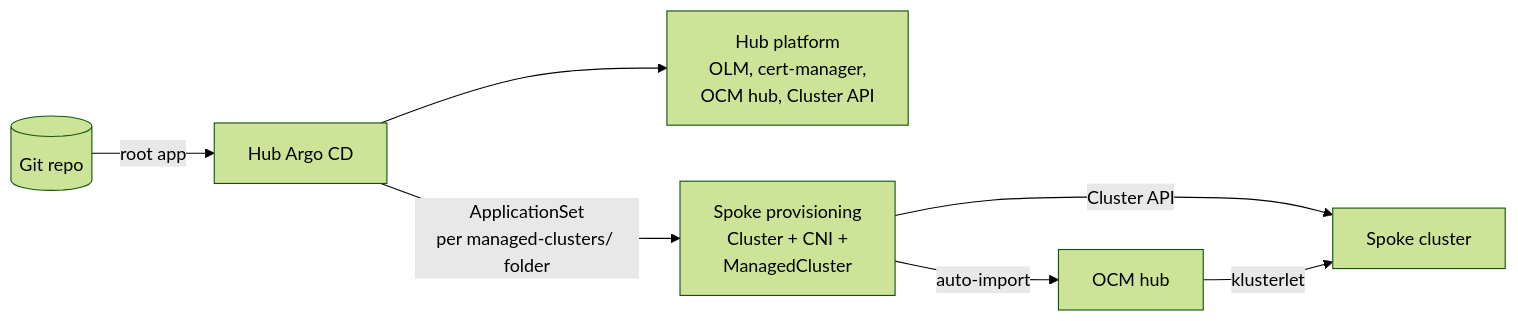
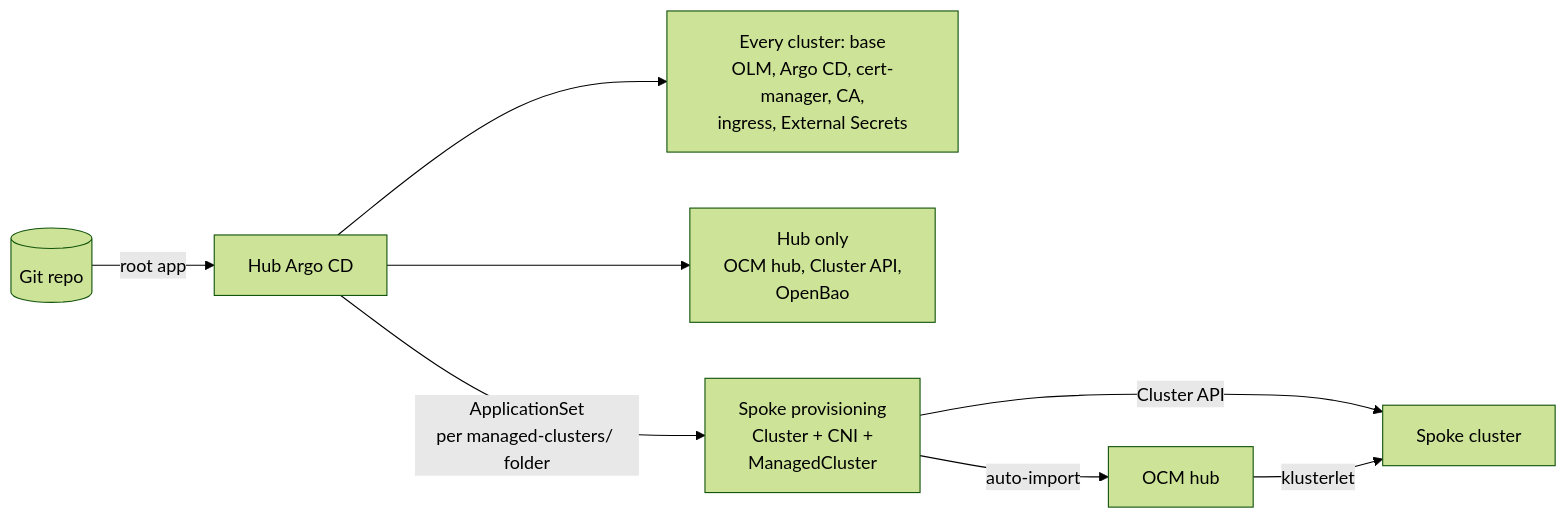
Before and after one commit to infrasam/openshift-app-of-apps-kustomize: the diagram in README.md, drawn with Mermaid (forest theme). The commit also changed other lines of this file and 16 other files, not shown here.

Commit message:
Move ClusterSecretStore into the OpenBao chart, fix server-side diff, update README and guide

````diff
--- a/README.md
+++ b/README.md
@@ -17,9 +17,10 @@
 ```mermaid
 flowchart LR
     git[(Git repo)] -->|root app| hubargo[Hub Argo CD]
-    hubargo --> hubapps[Hub platform<br/>OLM, cert-manager,<br/>OCM hub, Cluster API]
+    hubargo --> base[Every cluster: base<br/>OLM, Argo CD, cert-manager, CA,<br/>ingress, External Secrets]
+    hubargo --> hubapps[Hub only<br/>OCM hub, Cluster API,<br/>OpenBao]
     hubargo -->|ApplicationSet<br/>per managed-clusters/ folder| prov[Spoke provisioning<br/>Cluster + CNI +<br/>ManagedCluster]
     prov -->|Cluster API| spoke[Spoke cluster]
     prov -->|auto-import| ocm[OCM hub]
     ocm -->|klusterlet| spoke
 ```
````
